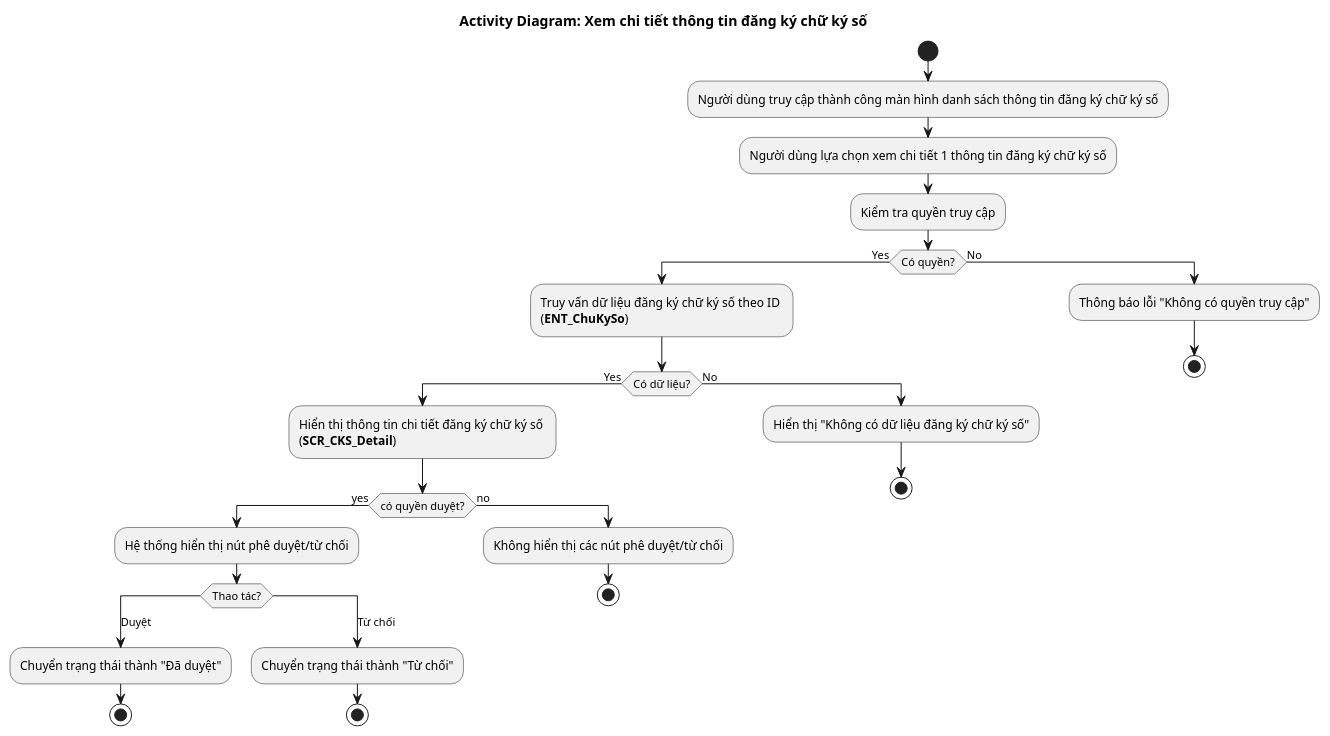
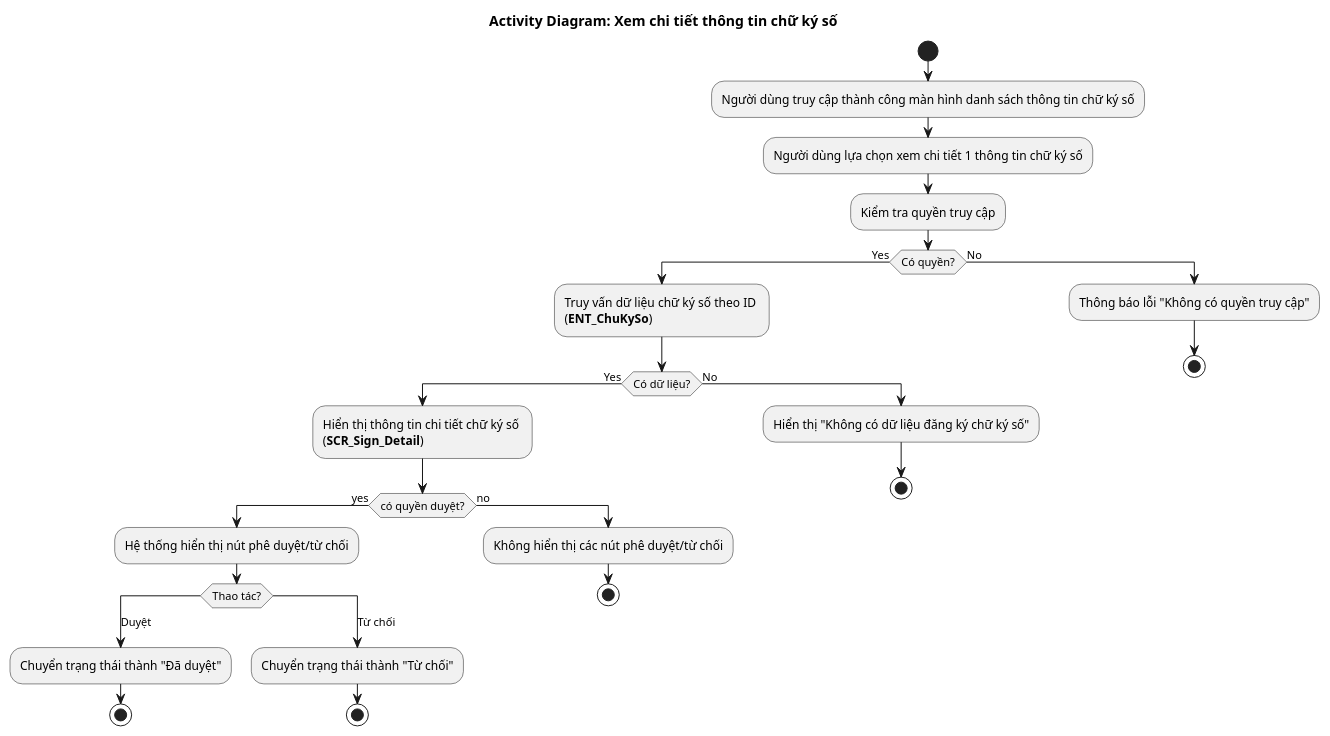
The diagram in Quản lý công chứng viên/4.usecases/ChuKySo/XemChiTiet/AD_Sign_Detail.puml (phuongpm23/nds-docs-test), drawn with PlantUML before and after one commit. The commit also changed 45 other files, not shown here.

```diff
--- a/Quản lý công chứng viên/4.usecases/ChuKySo/XemChiTiet/AD_Sign_Detail.puml
+++ b/Quản lý công chứng viên/4.usecases/ChuKySo/XemChiTiet/AD_Sign_Detail.puml
@@ -1,35 +1,35 @@
-@startuml AD_CKS_Detail
+@startuml AD_Sign_Detail
 !pragma layout smetana
-title Activity Diagram: Xem chi tiết thông tin đăng ký chữ ký số
+title Activity Diagram: Xem chi tiết thông tin chữ ký số
 
 start
-:Người dùng truy cập thành công màn hình danh sách thông tin đăng ký chữ ký số;
-:Người dùng lựa chọn xem chi tiết 1 thông tin đăng ký chữ ký số;
+:Người dùng truy cập thành công màn hình danh sách thông tin chữ ký số;
+:Người dùng lựa chọn xem chi tiết 1 thông tin chữ ký số;
 :Kiểm tra quyền truy cập;
 if (Có quyền?) then (Yes)
-  :Truy vấn dữ liệu đăng ký chữ ký số theo ID \n(**ENT_ChuKySo**);
+  :Truy vấn dữ liệu chữ ký số theo ID \n(**ENT_ChuKySo**);
   if (Có dữ liệu?) then (Yes)
-    :Hiển thị thông tin chi tiết đăng ký chữ ký số \n(**SCR_CKS_Detail**);
+    :Hiển thị thông tin chi tiết chữ ký số \n(**SCR_Sign_Detail**);
     if (có quyền duyệt?) then (yes)
     :Hệ thống hiển thị nút phê duyệt/từ chối;
       switch (Thao tác?)
       case (Duyệt)
       :Chuyển trạng thái thành "Đã duyệt";
       stop
       case (Từ chối)
       :Chuyển trạng thái thành "Từ chối";
       stop
       endswitch
     else (no)
     :Không hiển thị các nút phê duyệt/từ chối;
     stop
     endif
   else (No)
     :Hiển thị "Không có dữ liệu đăng ký chữ ký số";
     stop
   endif
 else (No)
   :Thông báo lỗi "Không có quyền truy cập";
   stop
 endif
 @enduml
```
